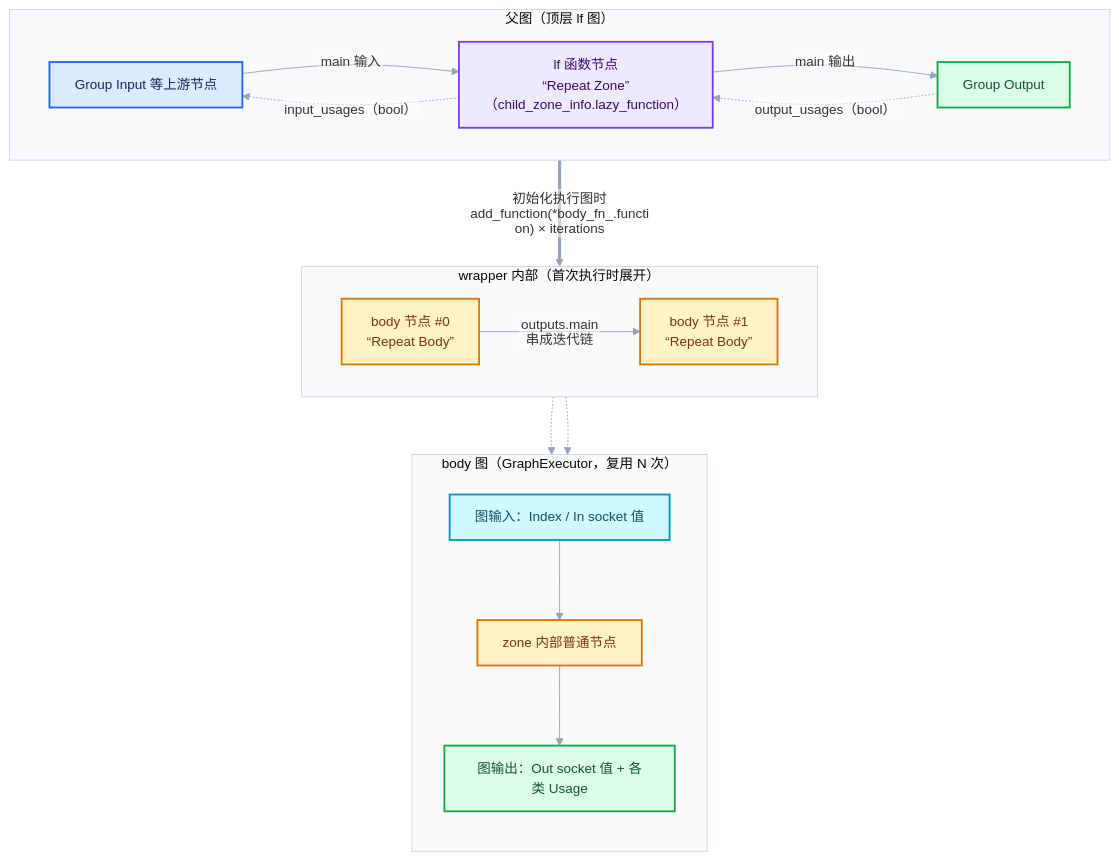
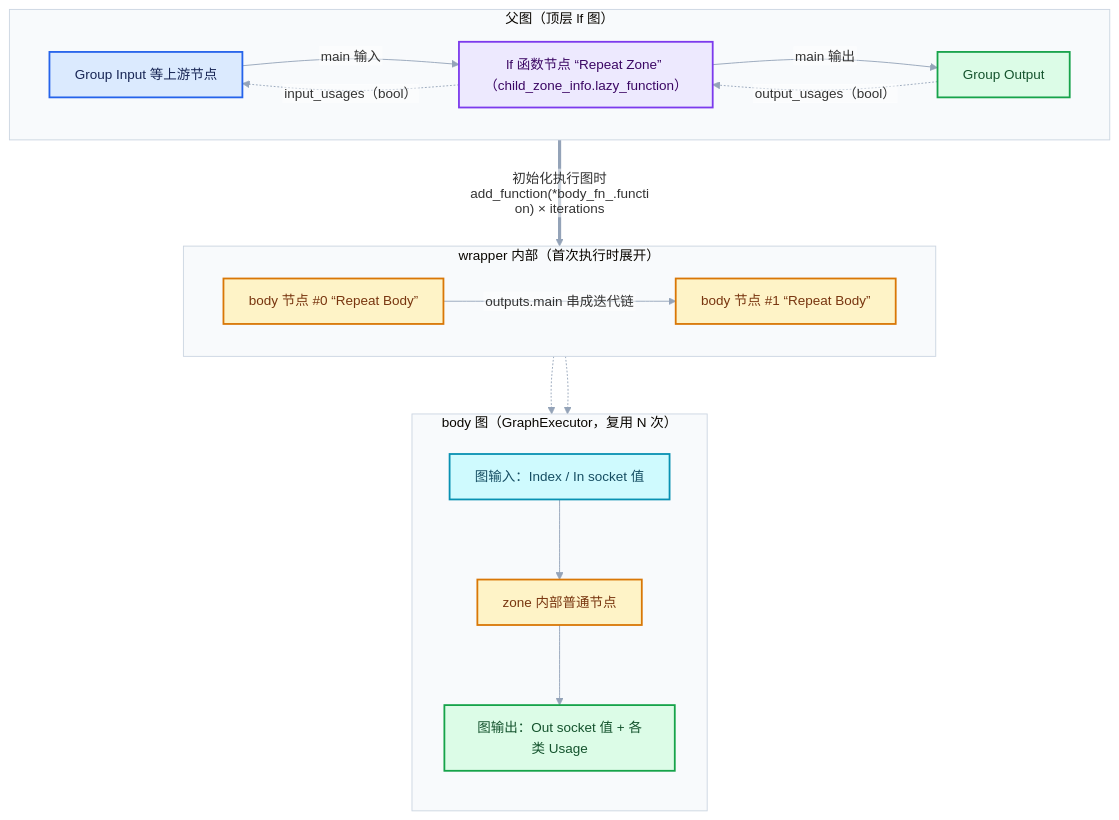
One commit to yunkezengren/blender-.vscode changed the third of 4 diagrams in 杂/markdown/重复区域-dsh/03-几何节点执行架构/01-ZoneBodyFunction与ZoneBuildInfo.md. Above: the diagram before and after it, drawn with Mermaid. The commit also changed other lines of this file and 27 other files, not shown here.

````diff
--- a/杂/markdown/重复区域-dsh/03-几何节点执行架构/01-ZoneBodyFunction与ZoneBuildInfo.md
+++ b/杂/markdown/重复区域-dsh/03-几何节点执行架构/01-ZoneBodyFunction与ZoneBuildInfo.md
@@ -932,35 +909,35 @@
 ```mermaid
 %%{init: {"theme":"base","themeVariables":{"fontFamily":"\"Segoe UI\",\"Microsoft YaHei\",sans-serif","fontSize":"15px","lineColor":"#94A3B8","edgeLabelBackground":"#FFFFFF","clusterBkg":"#F8FAFC","clusterBorder":"#CBD5E1"},"flowchart":{"htmlLabels":false,"curve":"basis","nodeSpacing":52,"rankSpacing":64,"padding":14,"diagramPadding":16,"useMaxWidth":true},"sequence":{"useMaxWidth":true,"wrap":true,"mirrorActors":false,"messageMargin":36}}}%%
 flowchart TB
     subgraph PARENT["父图（顶层 lf 图）"]
         direction LR
         GI["Group Input 等上游节点"]:::input
-        WN["lf 函数节点<br/>“Repeat Zone”<br/>（child_zone_info.lazy_function）"]:::abstraction
+        WN["lf 函数节点 “Repeat Zone” （child_zone_info.lazy_function）"]:::abstraction
         GO["Group Output"]:::result
         GI -->|"main 输入"| WN
         WN -->|"main 输出"| GO
         WN -.->|"input_usages（bool）"| GI
         GO -.->|"output_usages（bool）"| WN
     end
     subgraph WRAP["wrapper 内部（首次执行时展开）"]
         direction LR
-        B0["body 节点 #0<br/>“Repeat Body”"]:::compute
-        B1["body 节点 #1<br/>“Repeat Body”"]:::compute
-        B0 -->|"outputs.main<br/>串成迭代链"| B1
+        B0["body 节点 #0 “Repeat Body”"]:::compute
+        B1["body 节点 #1 “Repeat Body”"]:::compute
+        B0 -->|"outputs.main 串成迭代链"| B1
     end
     subgraph BODY["body 图（GraphExecutor，复用 N 次）"]
         direction TB
         BI["图输入：Index / In socket 值"]:::data
         INNER["zone 内部普通节点"]:::compute
         BO["图输出：Out socket 值 + 各类 Usage"]:::result
         BI --> INNER --> BO
     end
-    WN ==>|"初始化执行图时<br/>add_function(*body_fn_.function) × iterations"| WRAP
+    WN ==>|"初始化执行图时 add_function(*body_fn_.function) × iterations"| WRAP
     B0 -.-> BODY
     B1 -.-> BODY
     classDef input fill:#DBEAFE,stroke:#2563EB,color:#172554,stroke-width:2px
     classDef data fill:#CFFAFE,stroke:#0891B2,color:#164E63,stroke-width:2px
     classDef abstraction fill:#EDE9FE,stroke:#7C3AED,color:#3B0764,stroke-width:2px
     classDef compute fill:#FEF3C7,stroke:#D97706,color:#78350F,stroke-width:2px
     classDef result fill:#DCFCE7,stroke:#16A34A,color:#14532D,stroke-width:2px
 ```
````
